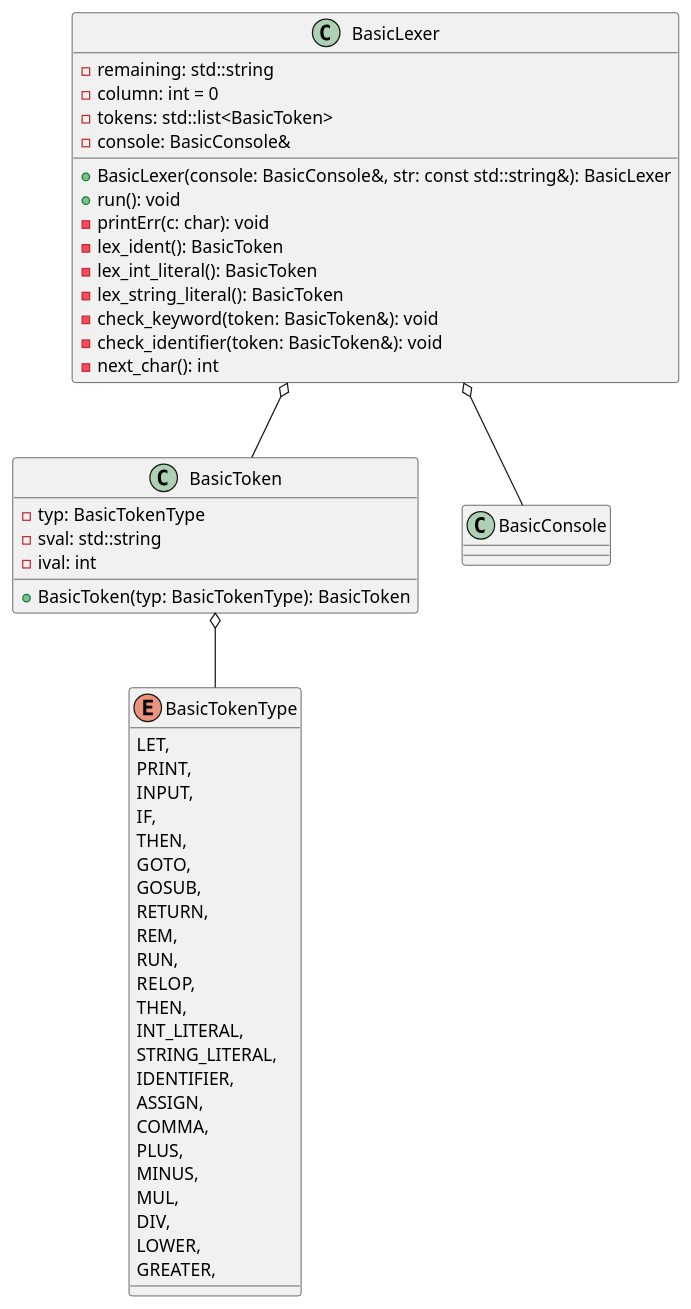
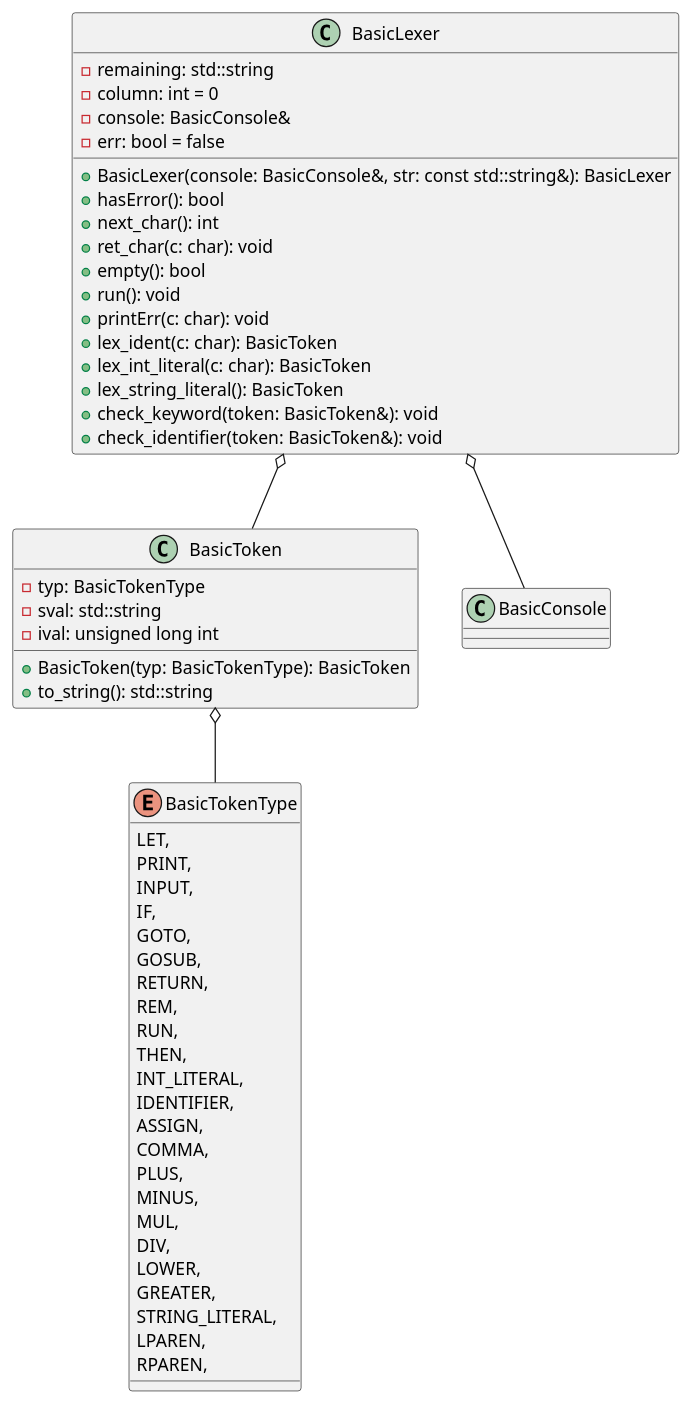
One commit to rossonlinesolutions/BASIC changed the diagram in Documentation/LexerClasses.puml. Above: the diagram before and after it, drawn with PlantUML. The commit also changed 3 other files, not shown here.

Commit message:
Update UML class diagrams

```diff
--- a/Documentation/LexerClasses.puml
+++ b/Documentation/LexerClasses.puml
@@ -1,56 +1,60 @@
 @startuml Lexer classes
 enum BasicTokenType {
     LET,
     PRINT,
     INPUT,
     IF,
-    THEN,
     GOTO,
     GOSUB,
     RETURN,
     REM,
     RUN,
-    RELOP,
     THEN,
     INT_LITERAL,
-    STRING_LITERAL,
     IDENTIFIER,
     ASSIGN,
     COMMA,
     PLUS,
     MINUS,
     MUL,
     DIV,
     LOWER,
     GREATER,
+    STRING_LITERAL,
+    LPAREN,
+    RPAREN,
 }
 
 class BasicToken {
     - typ: BasicTokenType
     - sval: std::string
-    - ival: int
+    - ival: unsigned long int
     + BasicToken(typ: BasicTokenType): BasicToken
+    + to_string(): std::string
 }
 
 class BasicLexer {
     - remaining: std::string
     - column: int = 0
-    - tokens: std::list<BasicToken>
     'console for error reporting
     - console: BasicConsole&
+    - err: bool = false
     + BasicLexer(console: BasicConsole&, str: const std::string&): BasicLexer
+    + hasError(): bool
+    + next_char(): int
+    + ret_char(c: char): void
+    + empty(): bool
     + run(): void
-    - printErr(c: char): void
-    - lex_ident(): BasicToken
-    - lex_int_literal(): BasicToken
-    - lex_string_literal(): BasicToken
-    - check_keyword(token: BasicToken&): void
-    - check_identifier(token: BasicToken&): void
-    - next_char(): int
+    + printErr(c: char): void
+    + lex_ident(c: char): BasicToken
+    + lex_int_literal(c: char): BasicToken
+    + lex_string_literal(): BasicToken
+    + check_keyword(token: BasicToken&): void
+    + check_identifier(token: BasicToken&): void
 }
 
 BasicToken o-- BasicTokenType
 BasicLexer o-- BasicConsole
 BasicLexer o-- BasicToken
 
 @enduml
```
